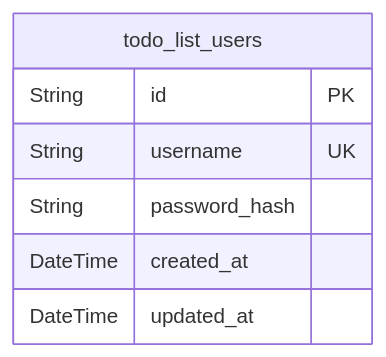
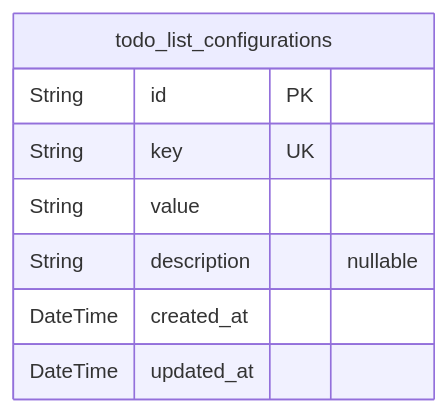
The first of 3 diagrams in meta-llama/llama-4-maverick/todo/docs/ERD.md (wrtnlabs/autobe-examples), drawn with Mermaid before and after one commit. The commit also changed other lines of this file and 16146 other files, not shown here.

````diff
--- a/meta-llama/llama-4-maverick/todo/docs/ERD.md
+++ b/meta-llama/llama-4-maverick/todo/docs/ERD.md
@@ -10,10 +11,11 @@
 ```mermaid
 erDiagram
-"todo_list_users" {
+"todo_list_configurations" {
   String id PK
-  String username UK
-  String password_hash
+  String key UK
+  String value
+  String description "nullable"
   DateTime created_at
   DateTime updated_at
 }
 ```
````
